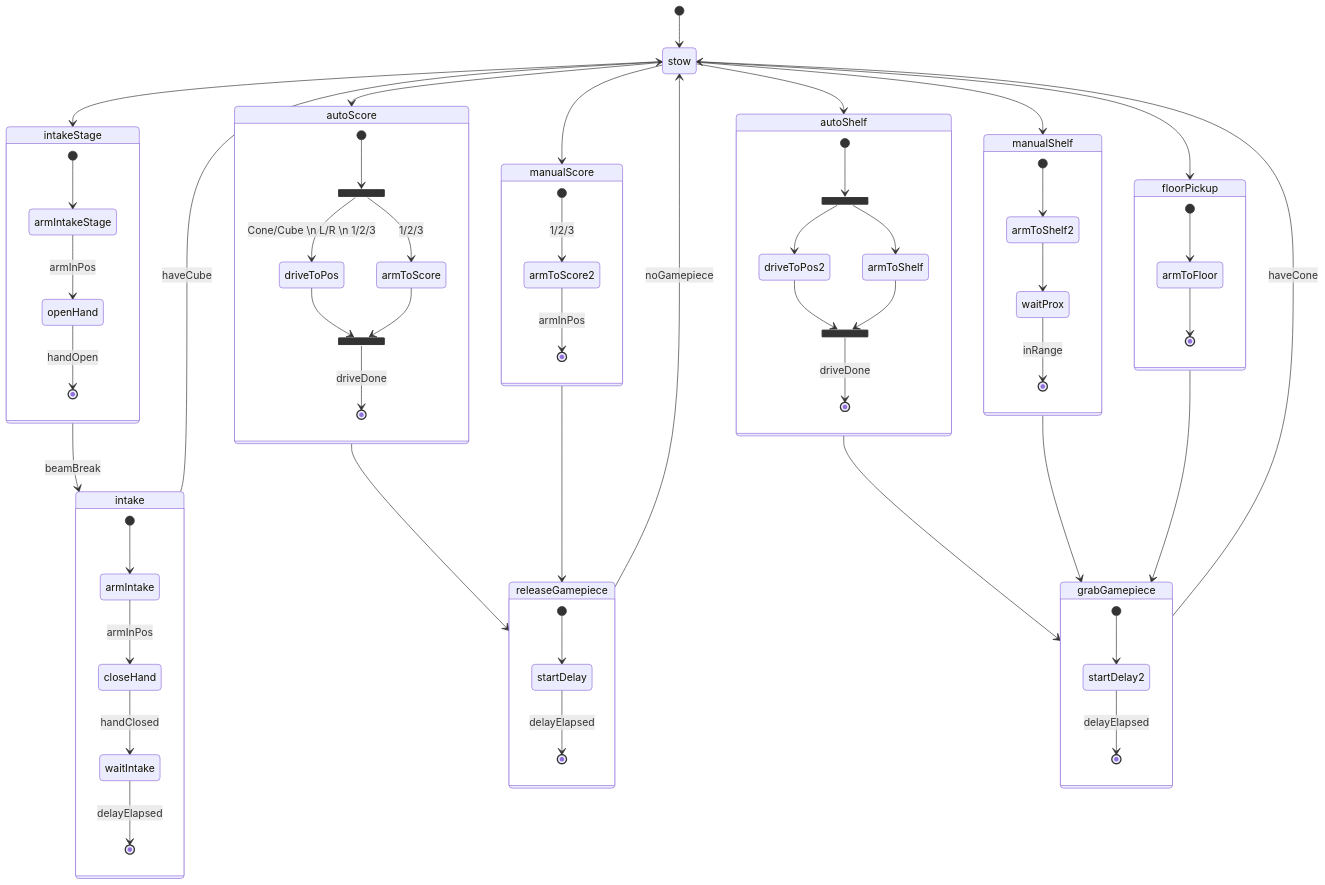
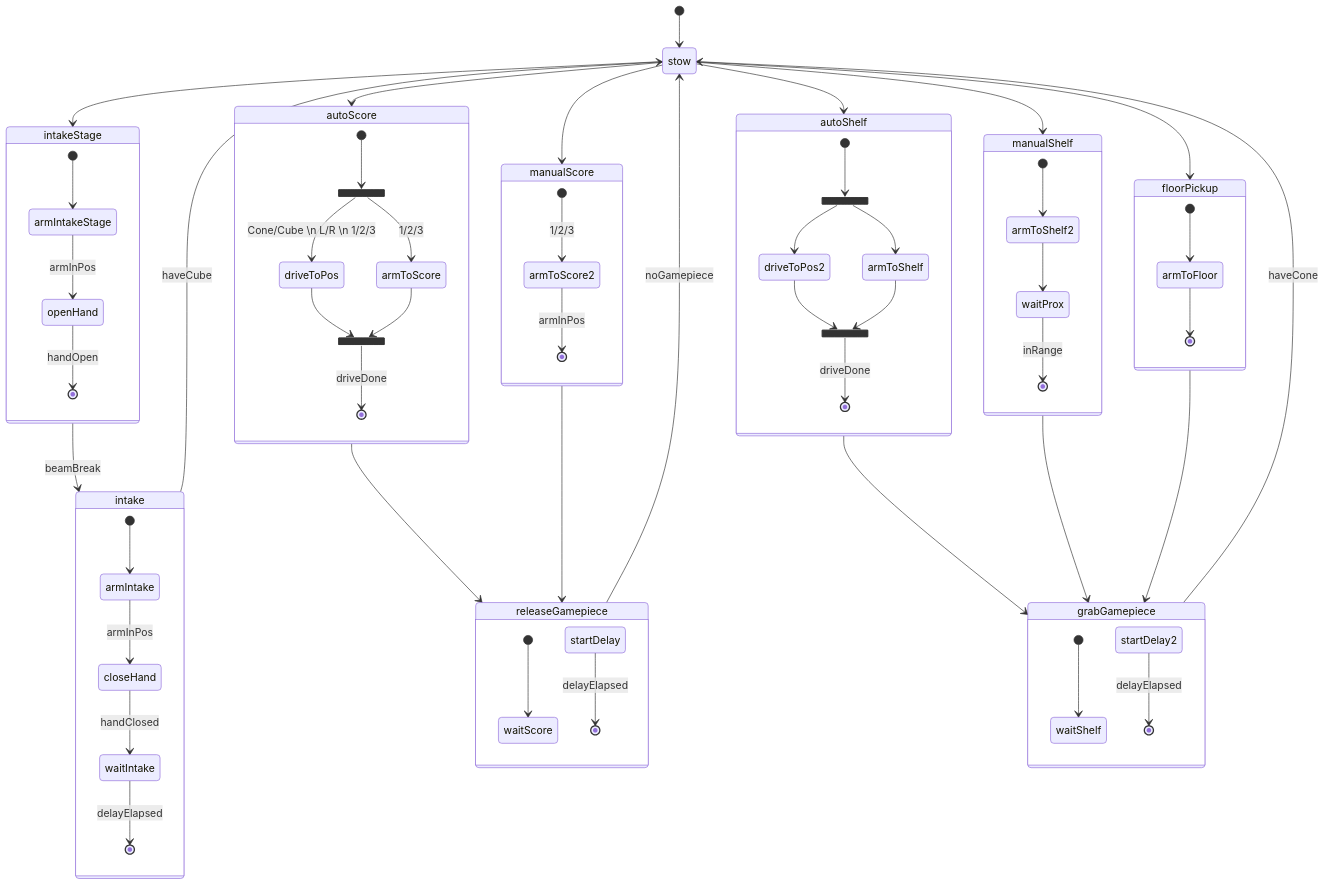
Before and after one commit to strykeforce/chargedup: the diagram in docs/RobotStateMachine.md, drawn with Mermaid.

```diff
--- a/docs/RobotStateMachine.md
+++ b/docs/RobotStateMachine.md
@@ -35,7 +35,7 @@
     }
 
     state releaseGamepiece {
-        [*] --> startDelay
+        [*] --> waitScore
         startDelay --> [*]: delayElapsed
     }
 
@@ -64,7 +64,7 @@
     }
 
     state grabGamepiece {
-        [*] --> startDelay2
+        [*] --> waitShelf
         startDelay2 --> [*]: delayElapsed
     }
 
```
